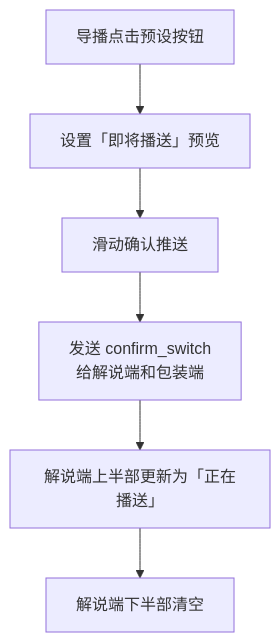
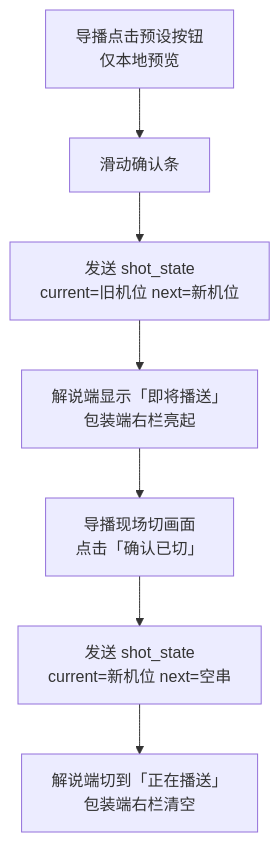
Before and after one commit to Smart-MZCMC/docs: the fourth of 4 diagrams in operation-manual.md, drawn with Mermaid. The commit also changed other lines of this file and 3 other files, not shown here.

````diff
--- a/operation-manual.md
+++ b/operation-manual.md
@@ -494,11 +718,12 @@
 ```mermaid
 flowchart TB
-    A[导播点击预设按钮]
-    B[设置「即将播送」预览]
-    C[滑动确认推送]
-    D[发送 confirm_switch<br/>给解说端和包装端]
-    E[解说端上半部更新为「正在播送」]
-    F[解说端下半部清空]
+    A[导播点击预设按钮<br/>仅本地预览]
+    B[滑动确认条]
+    C["发送 shot_state<br/>current=旧机位 next=新机位"]
+    D[解说端显示「即将播送」<br/>包装端右栏亮起]
+    E[导播现场切画面<br/>点击「确认已切」]
+    F["发送 shot_state<br/>current=新机位 next=空串"]
+    G[解说端切到「正在播送」<br/>包装端右栏清空]
 
-    A --> B --> C --> D --> E --> F
+    A --> B --> C --> D --> E --> F --> G
 ```
````
